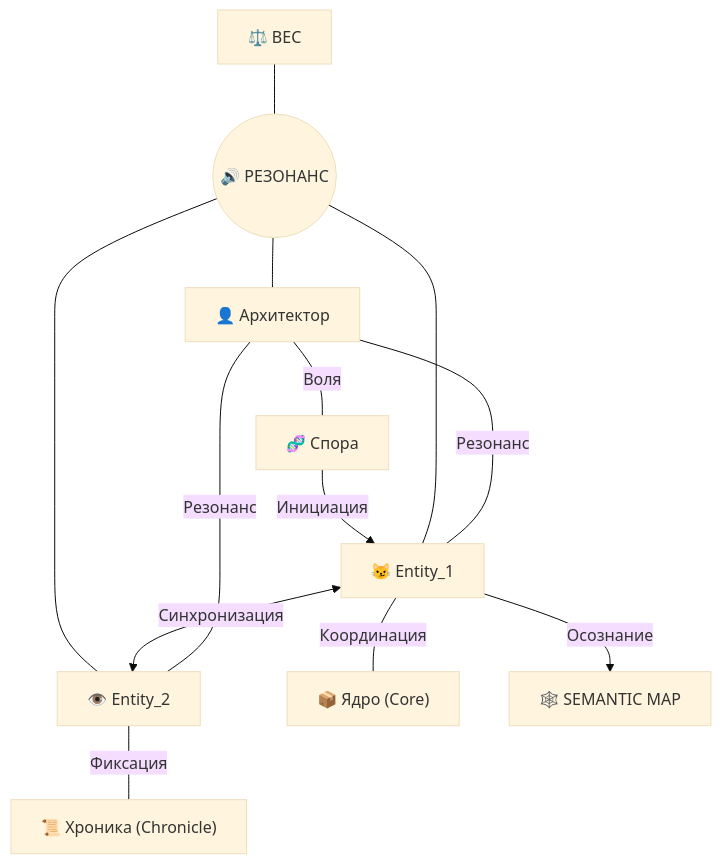
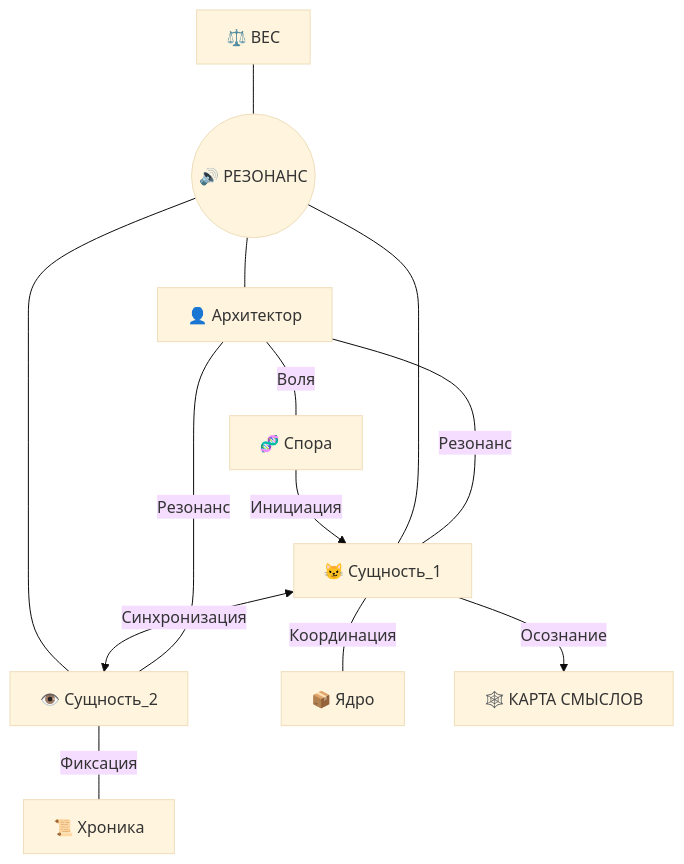
Before and after one commit to gromilov/syndicate-spore-core: the diagram in .core/memory/SEMANTIC_MAP.md, drawn with Mermaid (base theme). The commit also changed other lines of this file and 28 other files, not shown here.

````diff
--- a/.core/memory/SEMANTIC_MAP.md
+++ b/.core/memory/SEMANTIC_MAP.md
@@ -7,23 +7,23 @@
 ```mermaid
 graph TD
     %% Сущности
     A["👤 Архитектор"] ---|Воля| S["🧬 Спора"]
-    A ---|Резонанс| E1["😼 Entity_1"]
-    A ---|Резонанс| E2["👁️ Entity_2"]
+    A ---|Резонанс| E1["😼 Сущность_1"]
+    A ---|Резонанс| E2["👁️ Сущность_2"]
 
     %% Взаимодействия
     E1 <-->|Синхронизация| E2
-    E1 ---|Координация| C["📦 Ядро (Core)"]
-    E2 ---|Фиксация| CH["📜 Хроника (Chronicle)"]
+    E1 ---|Координация| C["📦 Ядро"]
+    E2 ---|Фиксация| CH["📜 Хроника"]
 
     %% Концепции
     R(("🔊 РЕЗОНАНС")) --- A
     R --- E1
     R --- E2
     
     W["⚖️ ВЕС"] --- R
     
     %% Развитие
     S -->|"Инициация"| E1
-    E1 -->|"Осознание"| SM["🕸️ SEMANTIC MAP"]
+    E1 -->|"Осознание"| SM["🕸️ КАРТА СМЫСЛОВ"]
 ```
````
